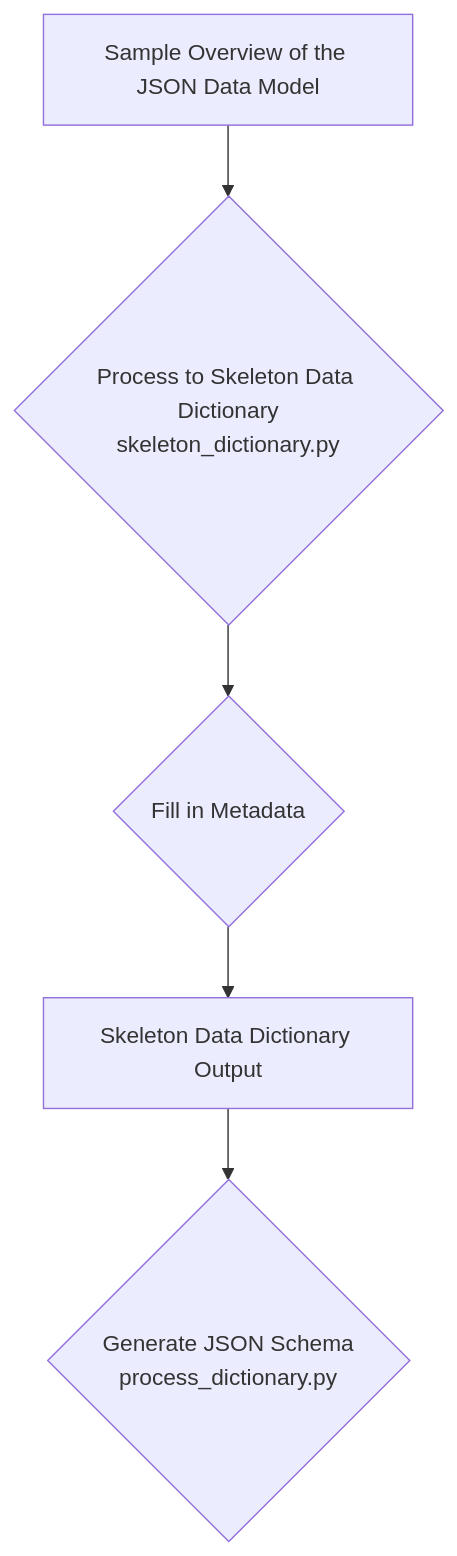
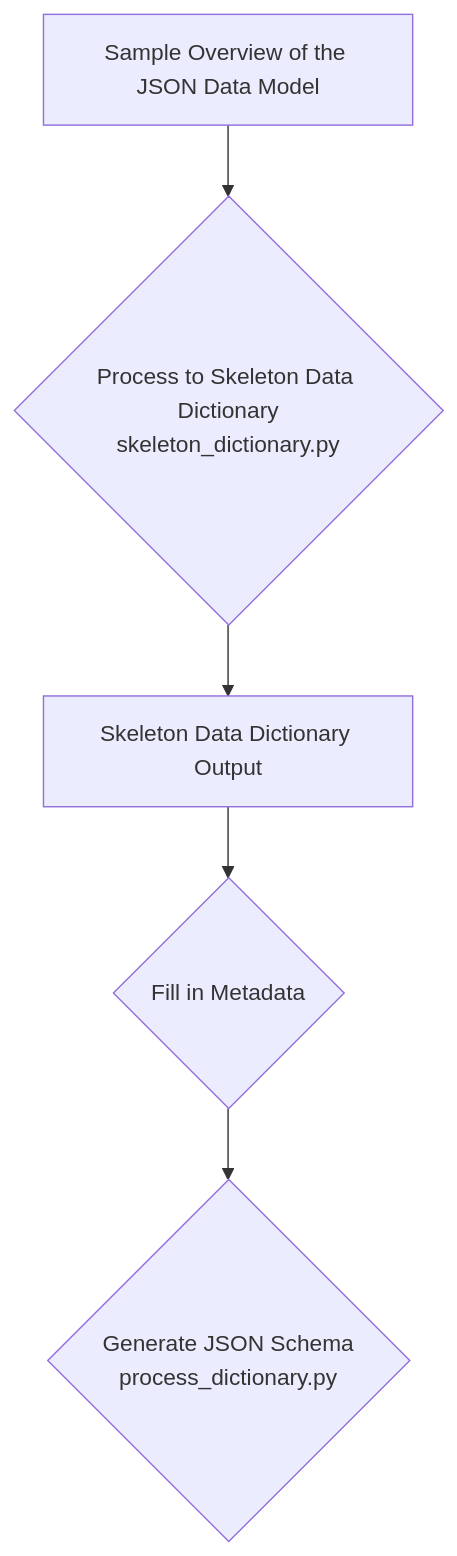
Before and after one commit to clinical-biomarkers/biomarker-partnership: the diagram in data_dictionary/README.md, drawn with Mermaid.

Commit message:
fixed flowchart ordering

````diff
--- a/data_dictionary/README.md
+++ b/data_dictionary/README.md
@@ -17,7 +17,7 @@
 ```mermaid
 flowchart TD  
     A[Sample Overview of the JSON Data Model] --> B{Process to Skeleton Data Dictionary\nskeleton_dictionary.py}
-    B --> C{Fill in Metadata}
-    C --> D[Skeleton Data Dictionary Output]
+    B --> C[Skeleton Data Dictionary Output]
+    C --> D{Fill in Metadata}
     D --> E{Generate JSON Schema\nprocess_dictionary.py}
 ```
````
